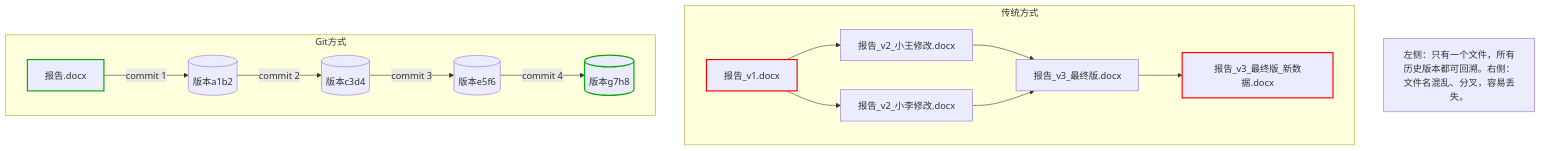
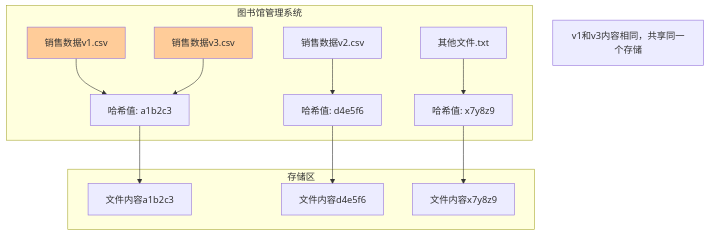
The ninth of 13 diagrams in docs/GitBasicIntroduction.md (a869320750/gitlabtutorial), drawn with Mermaid before and after one commit. The commit also changed other lines of this file and 1 other file, not shown here.

````diff
--- a/docs/GitBasicIntroduction.md
+++ b/docs/GitBasicIntroduction.md
@@ -146,29 +212,23 @@
 ```mermaid
 flowchart TD
-    subgraph 传统方式
-        A1[报告_v1.docx]
-        A2[报告_v2_小王修改.docx]
-        A3[报告_v2_小李修改.docx]
-        A4[报告_v3_最终版.docx]
-        A5[报告_v3_最终版_新数据.docx]
-        A1 --> A2
-        A1 --> A3
-        A2 --> A4
-        A3 --> A4
-        A4 --> A5
-        style A1 stroke:#f00,stroke-width:2px
-        style A5 stroke:#f00,stroke-width:2px
+    subgraph 图书馆管理系统
+        A[销售数据v1.csv] --> B[哈希值: a1b2c3]
+        C[销售数据v2.csv] --> D[哈希值: d4e5f6]
+        E[销售数据v3.csv] --> B
+        F[其他文件.txt] --> G[哈希值: x7y8z9]
     end
-
-    subgraph Git方式
-        G[报告.docx]
-        G -- commit 1 --> H[(版本a1b2)]
-        H -- commit 2 --> I[(版本c3d4)]
-        I -- commit 3 --> J[(版本e5f6)]
-        J -- commit 4 --> K[(版本g7h8)]
-        style G stroke:#0a0,stroke-width:2px
-        style K stroke:#0a0,stroke-width:2px
+    
+    subgraph 存储区
+        H[文件内容a1b2c3]
+        I[文件内容d4e5f6]
+        J[文件内容x7y8z9]
     end
-
-    note[左侧：只有一个文件，所有历史版本都可回溯。右侧：文件名混乱、分叉，容易丢失。]
+    
+    B --> H
+    D --> I
+    G --> J
+    
+    style E fill:#ffcc99
+    style A fill:#ffcc99
+    note1[v1和v3内容相同，共享同一个存储]
 ```
````
